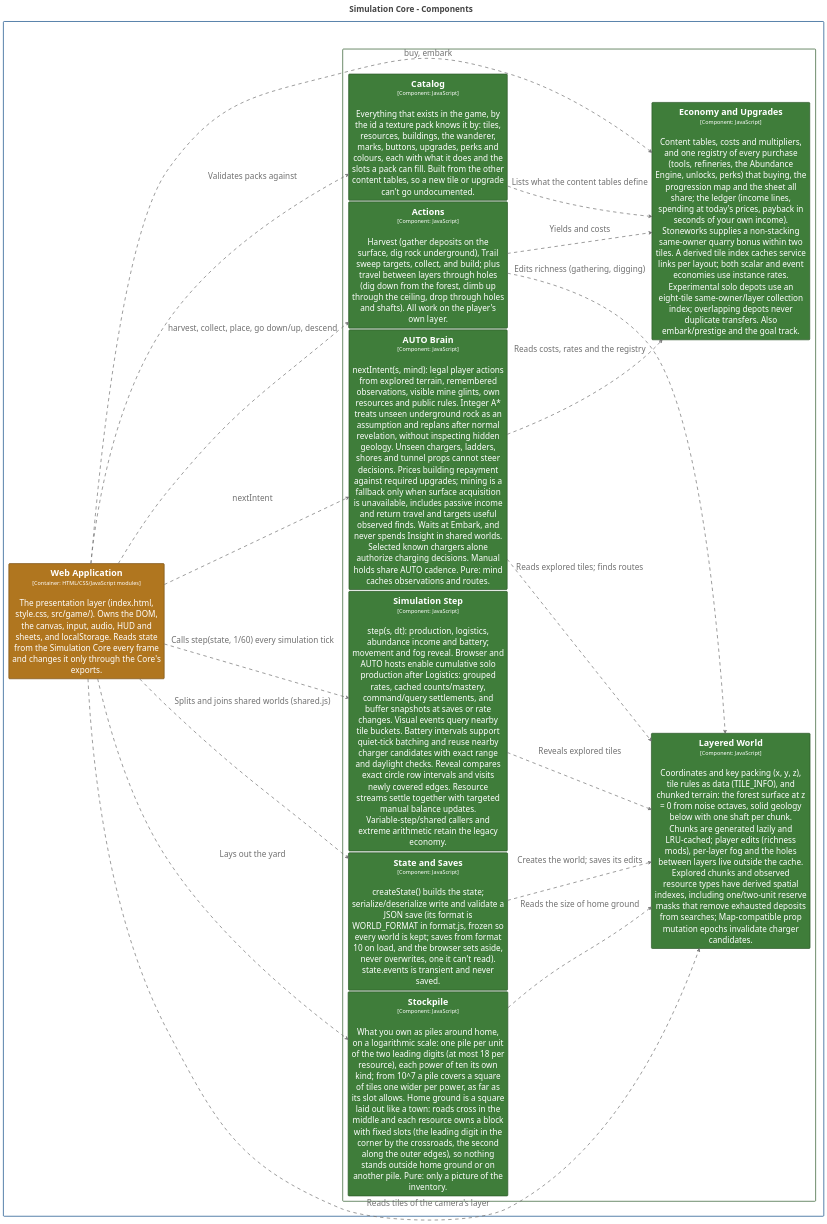
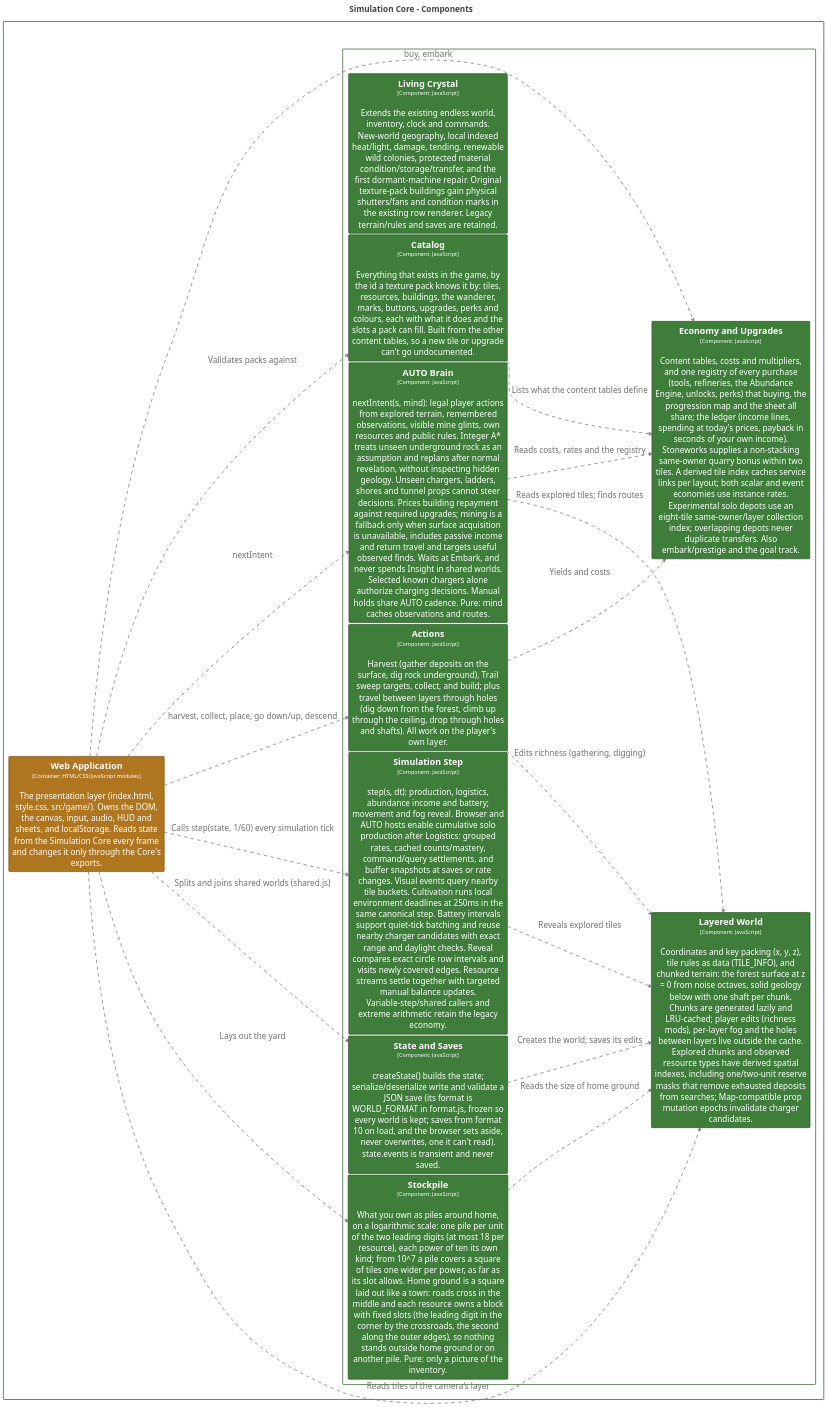
Before and after one commit to bitkojine/more-than-enough: the diagram in structurizr/diagrams/CoreComponents.puml, drawn with PlantUML. The commit also changed 44 other files, not shown here.

Commit message:
Evolve the existing game with underground crystal cultivation

```diff
--- a/structurizr/diagrams/CoreComponents.puml
+++ b/structurizr/diagrams/CoreComponents.puml
@@ -2,104 +2,105 @@
 @startuml
 title <size:24>Simulation Core - Components</size>
 
 set separator none
 left to right direction
 skinparam ranksep 20
 skinparam nodesep 5
 hide stereotype
 
 <style>
   root {
     BackgroundColor: #ffffff;
     FontColor: #444444;
   }
   // Element,Component,Core Engine
   .Element-RWxlbWVudCxDb21wb25lbnQsQ29yZSBFbmdpbmU= {
     BackgroundColor: #3f7d3a;
     LineColor: #2c5728;
     LineStyle: 0;
     LineThickness: 2;
     FontColor: #ffffff;
     FontSize: 24;
     HorizontalAlignment: center;
     Shadowing: 0;
     MaximumWidth: 450;
   }
   // Element,Container,Presentation
   .Element-RWxlbWVudCxDb250YWluZXIsUHJlc2VudGF0aW9u {
     BackgroundColor: #b0761f;
     LineColor: #7b5215;
     LineStyle: 0;
     LineThickness: 2;
     FontColor: #ffffff;
     FontSize: 24;
     HorizontalAlignment: center;
     Shadowing: 0;
     MaximumWidth: 450;
   }
   // Relationship
   .Relationship-UmVsYXRpb25zaGlw {
     LineThickness: 2;
     LineStyle: 10-10;
     LineColor: #707070;
     FontColor: #707070;
     FontSize: 24;
     MaximumWidth: 200;
   }
   // MORE THAN ENOUGH
   .Boundary-TU9SRSBUSEFOIEVOT1VHSA== {
     BackgroundColor: #ffffff;
     LineColor: #0b4884;
     LineStyle: 0;
     LineThickness: 2;
     FontColor: #ffffff;
     FontSize: 24;
     HorizontalAlignment: center;
     Shadowing: 0;
   }
   // Simulation Core
   .Boundary-U2ltdWxhdGlvbiBDb3Jl {
     BackgroundColor: #ffffff;
     LineColor: #2c5728;
     LineStyle: 0;
     LineThickness: 2;
     FontColor: #ffffff;
     FontSize: 24;
     HorizontalAlignment: center;
     Shadowing: 0;
   }
 </style>
 
 rectangle "MORE THAN ENOUGH\n<size:16>[Software System]</size>" <<Boundary-TU9SRSBUSEFOIEVOT1VHSA==>> {
   rectangle "Simulation Core\n<size:16>[Container: JavaScript modules (browser + Node)]</size>" <<Boundary-U2ltdWxhdGlvbiBDb3Jl>> {
+    rectangle "==Living Crystal\n<size:16>[Component: JavaScript]</size>\n\nExtends the existing endless world, inventory, clock and commands. New-world geography, local indexed heat/light, damage, tending, renewable wild colonies, protected material condition/storage/transfer, and the first dormant-machine repair. Original texture-pack buildings gain physical shutters/fans and condition marks in the existing row renderer. Legacy terrain/rules and saves are retained." <<Element-RWxlbWVudCxDb21wb25lbnQsQ29yZSBFbmdpbmU=>> as MORETHANENOUGH.SimulationCore.LivingCrystal
     rectangle "==Layered World\n<size:16>[Component: JavaScript]</size>\n\nCoordinates and key packing (x, y, z), tile rules as data (TILE_INFO), and chunked terrain: the forest surface at z = 0 from noise octaves, solid geology below with one shaft per chunk. Chunks are generated lazily and LRU-cached; player edits (richness mods), per-layer fog and the holes between layers live outside the cache. Explored chunks and observed resource types have derived spatial indexes, including one/two-unit reserve masks that remove exhausted deposits from searches; Map-compatible prop mutation epochs invalidate charger candidates." <<Element-RWxlbWVudCxDb21wb25lbnQsQ29yZSBFbmdpbmU=>> as MORETHANENOUGH.SimulationCore.LayeredWorld
     rectangle "==State and Saves\n<size:16>[Component: JavaScript]</size>\n\ncreateState() builds the state; serialize/deserialize write and validate a JSON save (its format is WORLD_FORMAT in format.js, frozen so every world is kept; saves from format 10 on load, and the browser sets aside, never overwrites, one it can't read). state.events is transient and never saved." <<Element-RWxlbWVudCxDb21wb25lbnQsQ29yZSBFbmdpbmU=>> as MORETHANENOUGH.SimulationCore.StateandSaves
-    rectangle "==Simulation Step\n<size:16>[Component: JavaScript]</size>\n\nstep(s, dt): production, logistics, abundance income and battery; movement and fog reveal. Browser and AUTO hosts enable cumulative solo production after Logistics: grouped rates, cached counts/mastery, command/query settlements, and buffer snapshots at saves or rate changes. Visual events query nearby tile buckets. Battery intervals support quiet-tick batching and reuse nearby charger candidates with exact range and daylight checks. Reveal compares exact circle row intervals and visits newly covered edges. Resource streams settle together with targeted manual balance updates. Variable-step/shared callers and extreme arithmetic retain the legacy economy." <<Element-RWxlbWVudCxDb21wb25lbnQsQ29yZSBFbmdpbmU=>> as MORETHANENOUGH.SimulationCore.SimulationStep
+    rectangle "==Simulation Step\n<size:16>[Component: JavaScript]</size>\n\nstep(s, dt): production, logistics, abundance income and battery; movement and fog reveal. Browser and AUTO hosts enable cumulative solo production after Logistics: grouped rates, cached counts/mastery, command/query settlements, and buffer snapshots at saves or rate changes. Visual events query nearby tile buckets. Cultivation runs local environment deadlines at 250ms in the same canonical step. Battery intervals support quiet-tick batching and reuse nearby charger candidates with exact range and daylight checks. Reveal compares exact circle row intervals and visits newly covered edges. Resource streams settle together with targeted manual balance updates. Variable-step/shared callers and extreme arithmetic retain the legacy economy." <<Element-RWxlbWVudCxDb21wb25lbnQsQ29yZSBFbmdpbmU=>> as MORETHANENOUGH.SimulationCore.SimulationStep
     rectangle "==Actions\n<size:16>[Component: JavaScript]</size>\n\nHarvest (gather deposits on the surface, dig rock underground), Trail sweep targets, collect, and build; plus travel between layers through holes (dig down from the forest, climb up through the ceiling, drop through holes and shafts). All work on the player's own layer." <<Element-RWxlbWVudCxDb21wb25lbnQsQ29yZSBFbmdpbmU=>> as MORETHANENOUGH.SimulationCore.Actions
     rectangle "==AUTO Brain\n<size:16>[Component: JavaScript]</size>\n\nnextIntent(s, mind): legal player actions from explored terrain, remembered observations, visible mine glints, own resources and public rules. Integer A* treats unseen underground rock as an assumption and replans after normal revelation, without inspecting hidden geology. Unseen chargers, ladders, shores and tunnel props cannot steer decisions. Prices building repayment against required upgrades; mining is a fallback only when surface acquisition is unavailable, includes passive income and return travel and targets useful observed finds. Waits at Embark, and never spends Insight in shared worlds. Selected known chargers alone authorize charging decisions. Manual holds share AUTO cadence. Pure: mind caches observations and routes." <<Element-RWxlbWVudCxDb21wb25lbnQsQ29yZSBFbmdpbmU=>> as MORETHANENOUGH.SimulationCore.AUTOBrain
     rectangle "==Stockpile\n<size:16>[Component: JavaScript]</size>\n\nWhat you own as piles around home, on a logarithmic scale: one pile per unit of the two leading digits (at most 18 per resource), each power of ten its own kind; from 10^7 a pile covers a square of tiles one wider per power, as far as its slot allows. Home ground is a square laid out like a town: roads cross in the middle and each resource owns a block with fixed slots (the leading digit in the corner by the crossroads, the second along the outer edges), so nothing stands outside home ground or on another pile. Pure: only a picture of the inventory." <<Element-RWxlbWVudCxDb21wb25lbnQsQ29yZSBFbmdpbmU=>> as MORETHANENOUGH.SimulationCore.Stockpile
     rectangle "==Catalog\n<size:16>[Component: JavaScript]</size>\n\nEverything that exists in the game, by the id a texture pack knows it by: tiles, resources, buildings, the wanderer, marks, buttons, upgrades, perks and colours, each with what it does and the slots a pack can fill. Built from the other content tables, so a new tile or upgrade can't go undocumented." <<Element-RWxlbWVudCxDb21wb25lbnQsQ29yZSBFbmdpbmU=>> as MORETHANENOUGH.SimulationCore.Catalog
     rectangle "==Economy and Upgrades\n<size:16>[Component: JavaScript]</size>\n\nContent tables, costs and multipliers, and one registry of every purchase (tools, refineries, the Abundance Engine, unlocks, perks) that buying, the progression map and the sheet all share; the ledger (income lines, spending at today's prices, payback in seconds of your own income). Stoneworks supplies a non-stacking same-owner quarry bonus within two tiles. A derived tile index caches service links per layout; both scalar and event economies use instance rates. Experimental solo depots use an eight-tile same-owner/layer collection index; overlapping depots never duplicate transfers. Also embark/prestige and the goal track." <<Element-RWxlbWVudCxDb21wb25lbnQsQ29yZSBFbmdpbmU=>> as MORETHANENOUGH.SimulationCore.EconomyandUpgrades
   }
 
   rectangle "==Web Application\n<size:16>[Container: HTML/CSS/JavaScript modules]</size>\n\nThe presentation layer (index.html, style.css, src/game/). Owns the DOM, the canvas, input, audio, HUD and sheets, and localStorage. Reads state from the Simulation Core every frame and changes it only through the Core's exports." <<Element-RWxlbWVudCxDb250YWluZXIsUHJlc2VudGF0aW9u>> as MORETHANENOUGH.WebApplication
 }
 
 MORETHANENOUGH.WebApplication --> MORETHANENOUGH.SimulationCore.Stockpile <<Relationship-UmVsYXRpb25zaGlw>> : "Lays out the yard"
 MORETHANENOUGH.SimulationCore.Stockpile --> MORETHANENOUGH.SimulationCore.LayeredWorld <<Relationship-UmVsYXRpb25zaGlw>> : "Reads the size of home ground"
 MORETHANENOUGH.WebApplication --> MORETHANENOUGH.SimulationCore.Catalog <<Relationship-UmVsYXRpb25zaGlw>> : "Validates packs against"
 MORETHANENOUGH.SimulationCore.Catalog --> MORETHANENOUGH.SimulationCore.EconomyandUpgrades <<Relationship-UmVsYXRpb25zaGlw>> : "Lists what the content tables define"
 MORETHANENOUGH.SimulationCore.SimulationStep --> MORETHANENOUGH.SimulationCore.LayeredWorld <<Relationship-UmVsYXRpb25zaGlw>> : "Reveals explored tiles"
 MORETHANENOUGH.SimulationCore.Actions --> MORETHANENOUGH.SimulationCore.LayeredWorld <<Relationship-UmVsYXRpb25zaGlw>> : "Edits richness (gathering, digging)"
 MORETHANENOUGH.SimulationCore.Actions --> MORETHANENOUGH.SimulationCore.EconomyandUpgrades <<Relationship-UmVsYXRpb25zaGlw>> : "Yields and costs"
 MORETHANENOUGH.SimulationCore.StateandSaves --> MORETHANENOUGH.SimulationCore.LayeredWorld <<Relationship-UmVsYXRpb25zaGlw>> : "Creates the world; saves its edits"
 MORETHANENOUGH.WebApplication --> MORETHANENOUGH.SimulationCore.StateandSaves <<Relationship-UmVsYXRpb25zaGlw>> : "Splits and joins shared worlds (shared.js)"
 MORETHANENOUGH.WebApplication --> MORETHANENOUGH.SimulationCore.AUTOBrain <<Relationship-UmVsYXRpb25zaGlw>> : "nextIntent"
 MORETHANENOUGH.SimulationCore.AUTOBrain --> MORETHANENOUGH.SimulationCore.LayeredWorld <<Relationship-UmVsYXRpb25zaGlw>> : "Reads explored tiles; finds routes"
 MORETHANENOUGH.SimulationCore.AUTOBrain --> MORETHANENOUGH.SimulationCore.EconomyandUpgrades <<Relationship-UmVsYXRpb25zaGlw>> : "Reads costs, rates and the registry"
 MORETHANENOUGH.WebApplication --> MORETHANENOUGH.SimulationCore.SimulationStep <<Relationship-UmVsYXRpb25zaGlw>> : "Calls step(state, 1/60) every simulation tick"
 MORETHANENOUGH.WebApplication --> MORETHANENOUGH.SimulationCore.Actions <<Relationship-UmVsYXRpb25zaGlw>> : "harvest, collect, place, go down/up, descend"
 MORETHANENOUGH.WebApplication --> MORETHANENOUGH.SimulationCore.EconomyandUpgrades <<Relationship-UmVsYXRpb25zaGlw>> : "buy, embark"
 MORETHANENOUGH.WebApplication --> MORETHANENOUGH.SimulationCore.LayeredWorld <<Relationship-UmVsYXRpb25zaGlw>> : "Reads tiles of the camera's layer"
 
 @enduml
```
